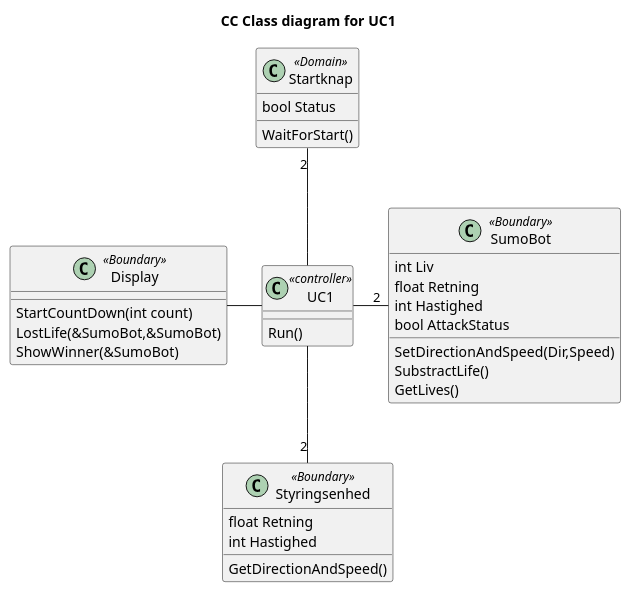
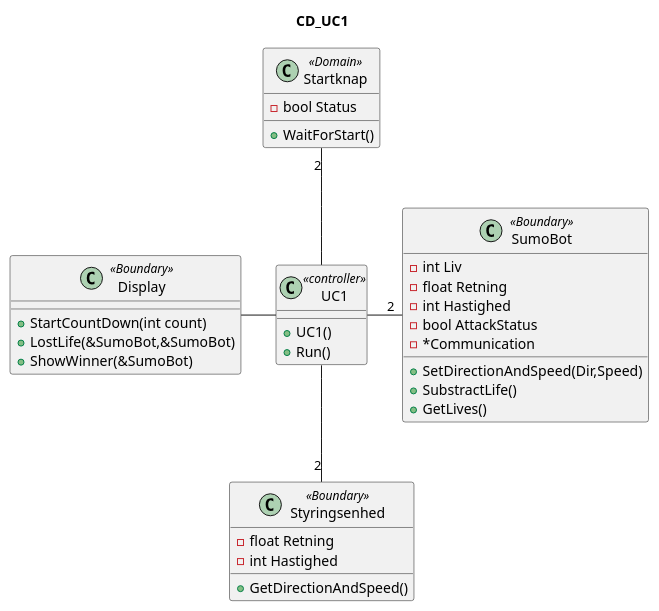
Before and after one commit to Solvgraa-mager/E3PRJ3: the diagram in Diagrammer/CentralComputer/ClassDiagram/ClassDiagram.plantuml, drawn with PlantUML. The commit also changed 5 other files, not shown here.

Commit message:
Diagrammer tilføjet

```diff
--- a/Diagrammer/CentralComputer/ClassDiagram/ClassDiagram.plantuml
+++ b/Diagrammer/CentralComputer/ClassDiagram/ClassDiagram.plantuml
@@ -1,39 +1,40 @@
 @startuml
-title CC Class diagram for UC1
-
+title CD_UC1
 
 class UC1 <<controller>>{
-    Run()
+    +UC1()
+    +Run()
 }
 
 class Startknap <<Domain>>{
-bool Status
-WaitForStart()
+-bool Status
++WaitForStart()
 }
 class Display<<Boundary>>{
-    StartCountDown(int count)
-    LostLife(&SumoBot,&SumoBot)
-    ShowWinner(&SumoBot)
+    +StartCountDown(int count)
+    +LostLife(&SumoBot,&SumoBot)
+    +ShowWinner(&SumoBot)
 }
 
 class SumoBot <<Boundary>>{
-    int Liv
-    float Retning
-    int Hastighed
-    bool AttackStatus
-    SetDirectionAndSpeed(Dir,Speed)
-    SubstractLife()
-    GetLives()
+    - int Liv
+    -float Retning
+    -int Hastighed
+    -bool AttackStatus
+    +SetDirectionAndSpeed(Dir,Speed)
+    +SubstractLife()
+    +GetLives()
+    - *Communication
 }
 class Styringsenhed <<Boundary>>{
-    float Retning
-    int Hastighed
-    GetDirectionAndSpeed()
+   - float Retning
+    -int Hastighed
+    +GetDirectionAndSpeed()
 }
 
 Startknap"2" -- UC1
 UC1 -- "2"Styringsenhed
 UC1 - "2"SumoBot
 Display - UC1
 
 @enduml
```
